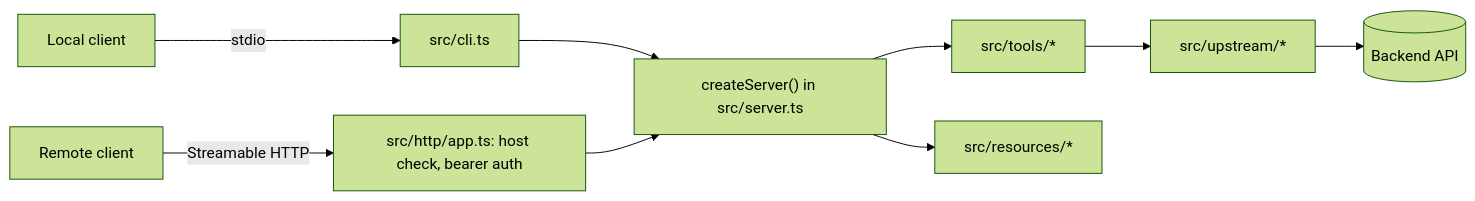
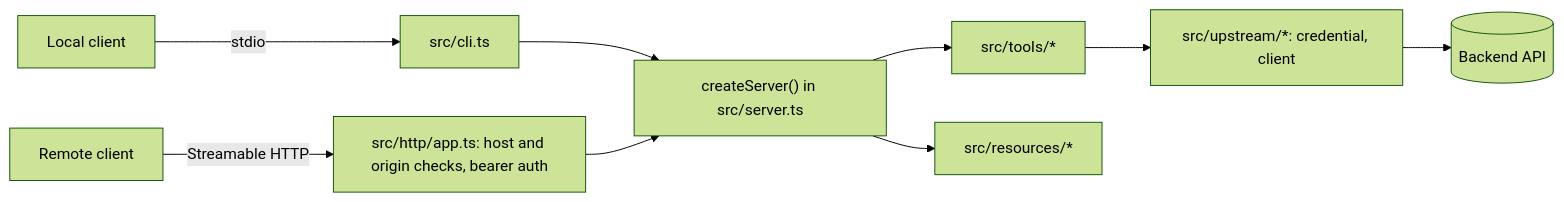
The diagram in docs/architecture.md (opikdev/mcp-server-ts-starter), drawn with Mermaid (forest theme) before and after one commit. The commit also changed other lines of this file and 68 other files, not shown here.

````diff
--- a/docs/architecture.md
+++ b/docs/architecture.md
@@ -3,10 +3,10 @@
 ```mermaid
 flowchart LR
   L[Local client] -->|stdio| CLI["src/cli.ts"]
-  R[Remote client] -->|Streamable HTTP| H["src/http/app.ts: host check, bearer auth"]
+  R[Remote client] -->|Streamable HTTP| H["src/http/app.ts: host and origin checks, bearer auth"]
   CLI --> F["createServer() in src/server.ts"]
   H --> F
   F --> T["src/tools/*"]
   F --> D["src/resources/*"]
-  T --> U["src/upstream/*"] --> B[(Backend API)]
+  T --> U["src/upstream/*: credential, client"] --> B[(Backend API)]
 ```
````
